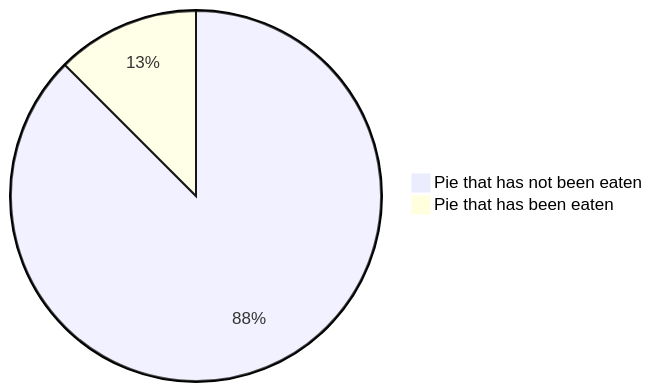
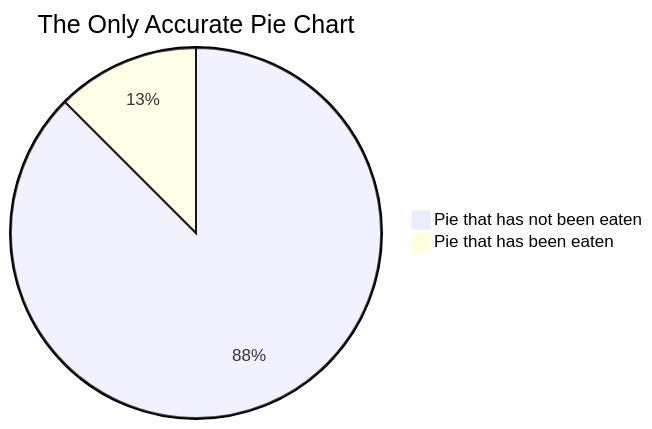
One commit to discoposse/mermaid-diagrams changed the diagram in pie.MD. Above: the diagram before and after it, drawn with Mermaid.

````diff
--- a/pie.MD
+++ b/pie.MD
@@ -1,5 +1,5 @@
 ```mermaid
-pie
+pie title The Only Accurate Pie Chart
 "Pie that has not been eaten" : 350
 "Pie that has been eaten" : 50
 ```
````
